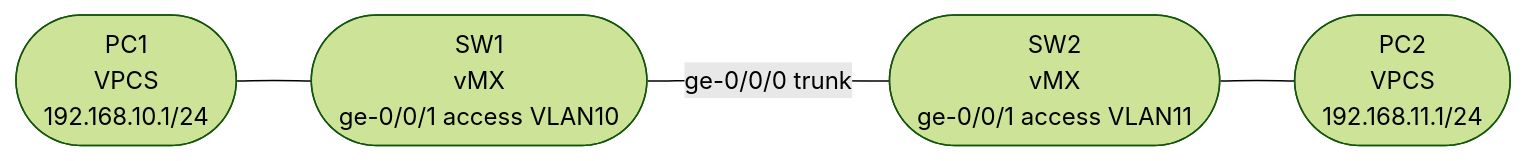
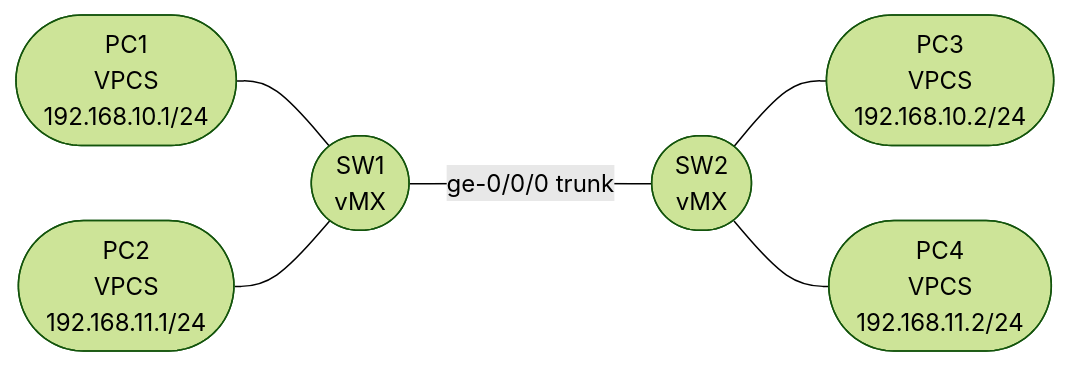
The diagram in docs/session3/topology.md (DaveGirgis/NetworkSwitchLab-JUNOS), drawn with Mermaid (forest theme) before and after one commit. The commit also changed other lines of this file and 7 other files, not shown here.

````diff
--- a/docs/session3/topology.md
+++ b/docs/session3/topology.md
@@ -5,6 +5,8 @@
 ```mermaid
 graph LR
   PC1([PC1<br/>VPCS<br/>192.168.10.1/24]) --- SW1
-  SW1([SW1<br/>vMX<br/>ge-0/0/1 access VLAN10]) ---|ge-0/0/0 trunk| SW2([SW2<br/>vMX<br/>ge-0/0/1 access VLAN11])
-  SW2 --- PC2([PC2<br/>VPCS<br/>192.168.11.1/24])
+  PC2([PC2<br/>VPCS<br/>192.168.11.1/24]) --- SW1
+  SW1([SW1<br/>vMX]) ---|ge-0/0/0 trunk| SW2([SW2<br/>vMX])
+  SW2 --- PC3([PC3<br/>VPCS<br/>192.168.10.2/24])
+  SW2 --- PC4([PC4<br/>VPCS<br/>192.168.11.2/24])
 ```
````
